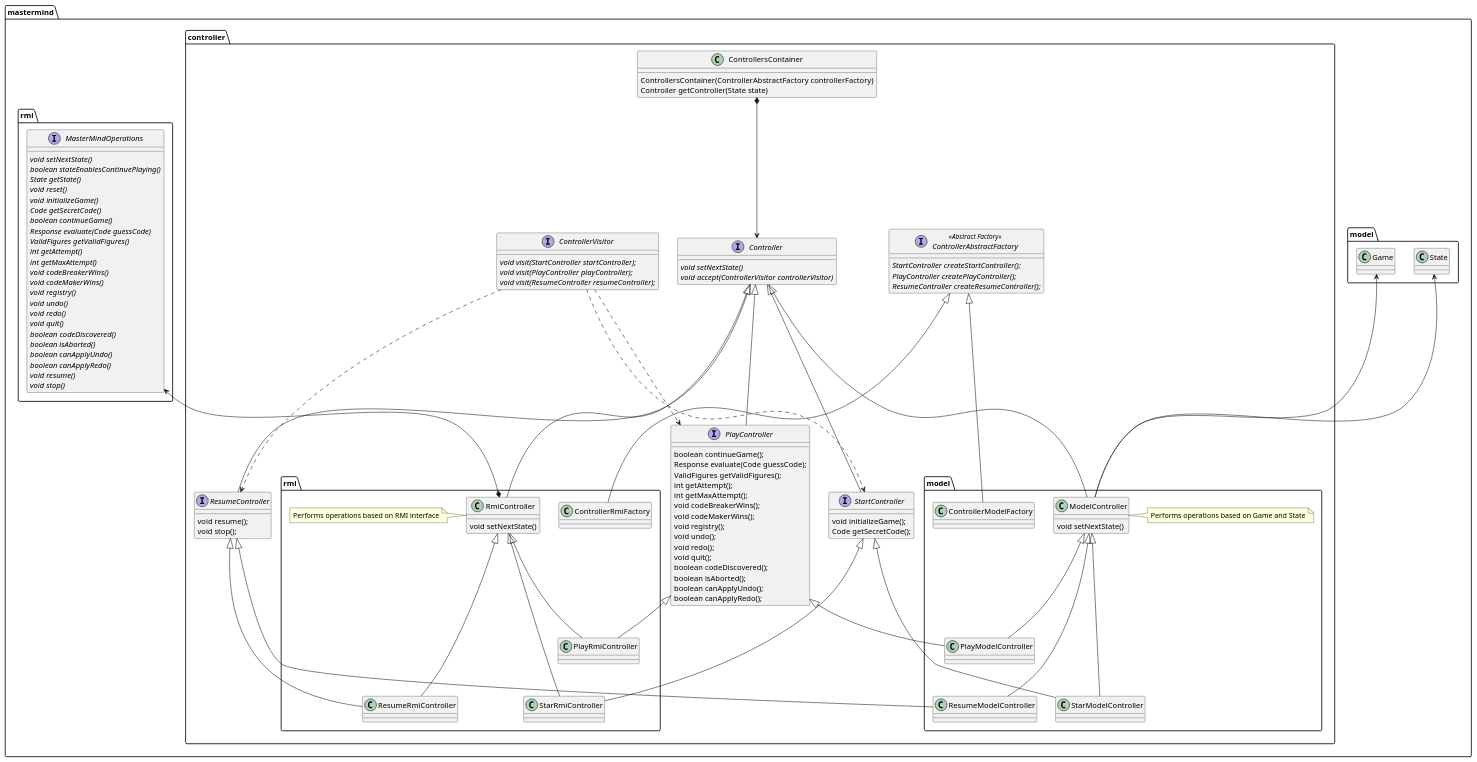
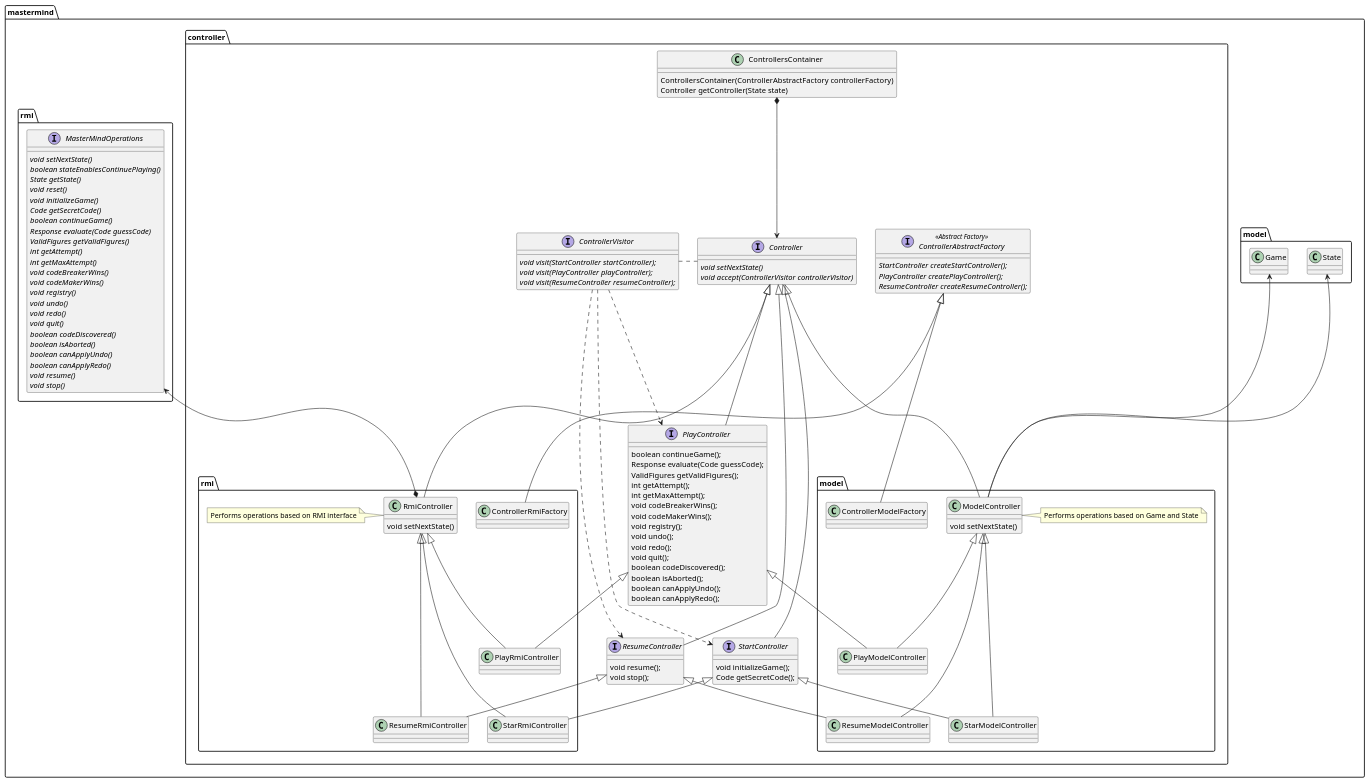
One commit to ciscoruiz/mastermind changed the diagram in doc/mastermind.controller.puml. Above: the diagram before and after it, drawn with PlantUML. The commit also changed 5 other files, not shown here.

Commit message:
Redesign diagrams with views.ViewsContoller

```diff
--- a/doc/mastermind.controller.puml
+++ b/doc/mastermind.controller.puml
@@ -1,145 +1,146 @@
 @startuml
 
 package mastermind.model {
     class Game
     class State
 }
 
 package mastermind.controller {
    interface Controller {
       {abstract} void setNextState()
       {abstract} void accept(ControllerVisitor controllerVisitor)
    }
 
    class ControllersContainer {
        ControllersContainer(ControllerAbstractFactory controllerFactory)
        Controller getController(State state)
    }
 
    interface ControllerAbstractFactory <<Abstract Factory>> {
       {abstract}StartController createStartController();
       {abstract}PlayController createPlayController();
       {abstract}ResumeController createResumeController();
    }
 
    interface StartController {
       void initializeGame();
       Code getSecretCode();
    }
 
    interface PlayController {
        boolean continueGame();
        Response evaluate(Code guessCode);
        ValidFigures getValidFigures();
        int getAttempt();
        int getMaxAttempt();
        void codeBreakerWins();
        void codeMakerWins();
        void registry();
        void undo();
        void redo();
        void quit();
        boolean codeDiscovered();
        boolean isAborted();
        boolean canApplyUndo();
        boolean canApplyRedo();
    }
 
    interface ResumeController {
       void resume();
       void stop();
    }
 
    interface ControllerVisitor {
       {abstract}void visit(StartController startController);
       {abstract}void visit(PlayController playController);
       {abstract}void visit(ResumeController resumeController);
    }
+
+   ControllersContainer *-down-> Controller
+   Controller ..left. ControllerVisitor
 }
 
 package mastermind.controller.model {
     class ModelController {
        void setNextState()
     }
     note right: Performs operations based on Game and State
     ModelController -up-> Game
     ModelController -up-> State
 
     class StarModelController
     class PlayModelController
     class ResumeModelController
 
     ControllerAbstractFactory <|-- ControllerModelFactory
 
     ModelController <|-down-- StarModelController
     ModelController <|-down- PlayModelController
     ModelController <|-down-- ResumeModelController
 
     StartController <|-down- StarModelController
     PlayController <|-down- PlayModelController
     ResumeController <|-down- ResumeModelController
 }
 
 package mastermind.controller.rmi {
     class RmiController {
        void setNextState()
     }
     note left: Performs operations based on RMI interface
 
     interface  mastermind.rmi.MasterMindOperations {
        {abstract}void setNextState()
        {abstract}boolean stateEnablesContinuePlaying()
        {abstract}State getState()
        {abstract}void reset()
        {abstract}void initializeGame()
        {abstract}Code getSecretCode()
        {abstract}boolean continueGame()
        {abstract}Response evaluate(Code guessCode)
        {abstract}ValidFigures getValidFigures()
        {abstract}int getAttempt()
        {abstract}int getMaxAttempt()
        {abstract}void codeBreakerWins()
        {abstract}void codeMakerWins()
        {abstract}void registry()
        {abstract}void undo()
        {abstract}void redo()
        {abstract}void quit()
        {abstract}boolean codeDiscovered()
        {abstract}boolean isAborted()
        {abstract}boolean canApplyUndo()
        {abstract}boolean canApplyRedo()
        {abstract}void resume()
        {abstract}void stop()
     }
 
     RmiController *-up-> mastermind.rmi.MasterMindOperations
 
     class StarRmiController
     class PlayRmiController
     class ResumeRmiController
 
     ControllerAbstractFactory <|-- ControllerRmiFactory
 
     RmiController <|-down-- StarRmiController
     RmiController <|-down- PlayRmiController
     RmiController <|-down-- ResumeRmiController
 
     StartController <|-down- StarRmiController
     PlayController <|-down- PlayRmiController
     ResumeController <|-down- ResumeRmiController
 }
 
-ControllersContainer  *--> Controller
-
 Controller <|-down- StartController
 Controller <|-down- PlayController
 Controller <|-down- ResumeController
 
 Controller <|-down- ModelController
 Controller <|-down- RmiController
 
 ControllerVisitor -[dashed]-> StartController
 ControllerVisitor -[dashed]-> PlayController
 ControllerVisitor -[dashed]-> ResumeController
 
 @enduml
```
